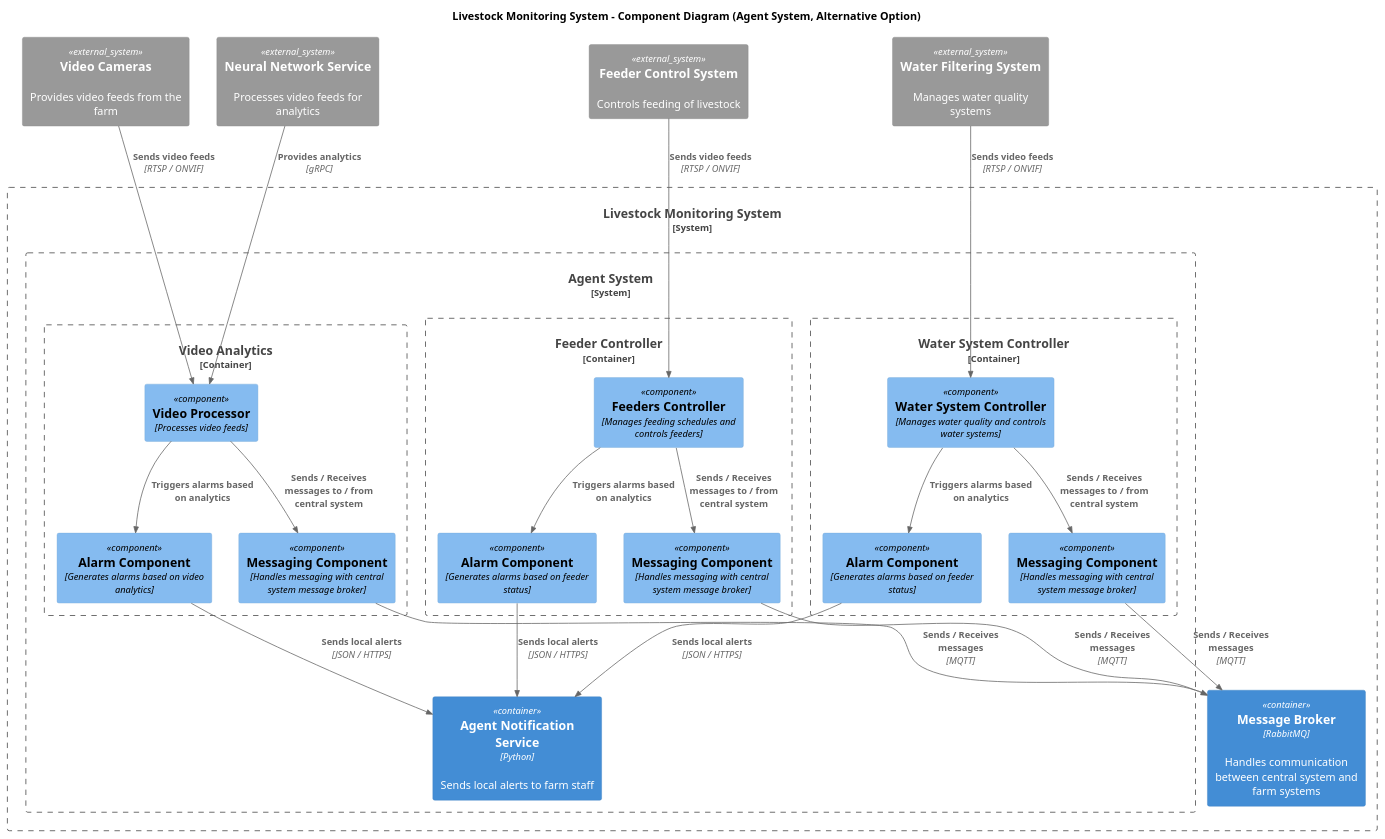
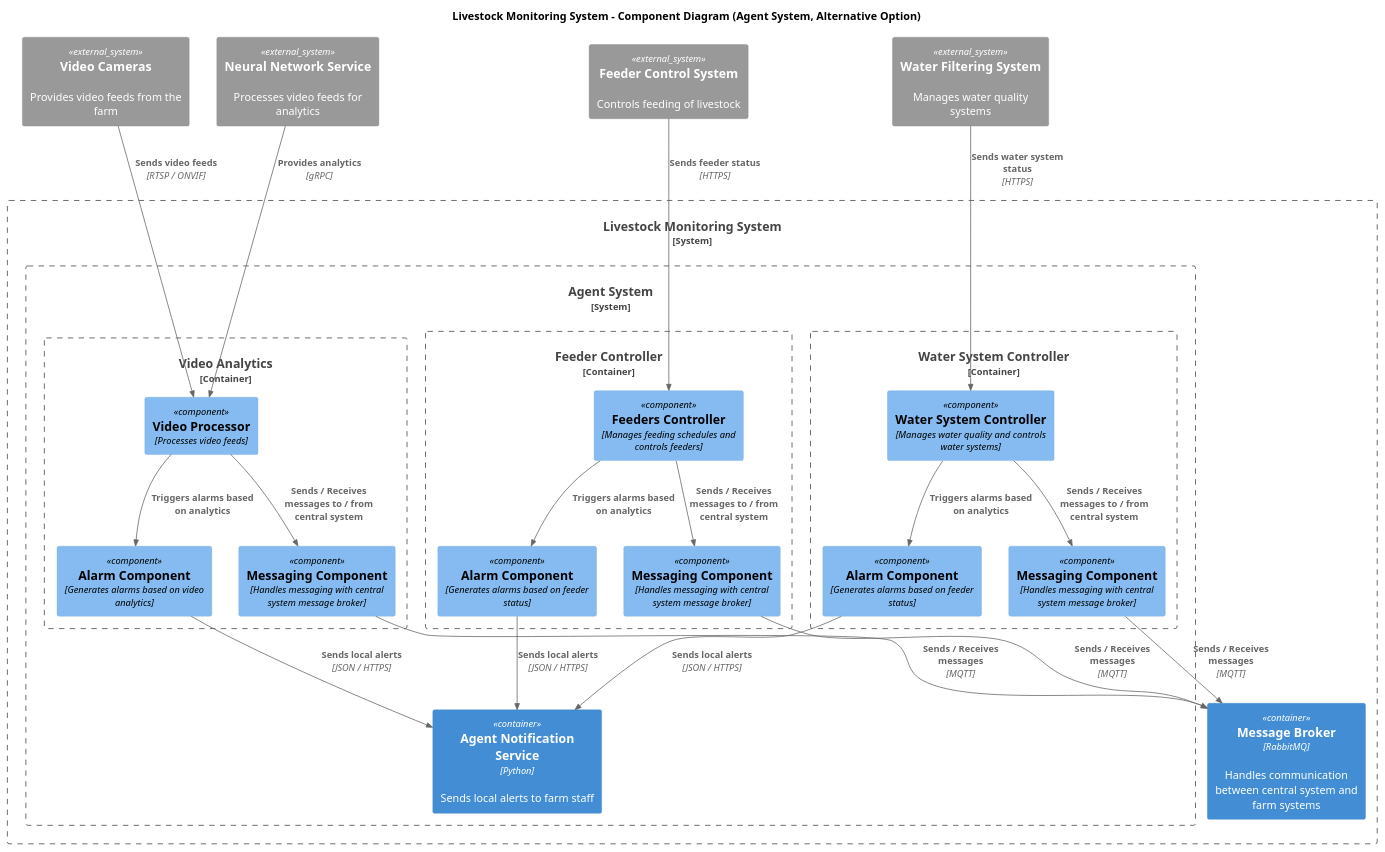
One commit to WowSoLaggy/MSA-AgroTech changed the diagram in Task3/component_agent_alt.puml. Above: the diagram before and after it, drawn with PlantUML. The commit also changed 6 other files, not shown here.

```diff
--- a/Task3/component_agent_alt.puml
+++ b/Task3/component_agent_alt.puml
@@ -1,60 +1,60 @@
 @startuml component_agent_alt
 title Livestock Monitoring System - Component Diagram (Agent System, Alternative Option)
 
 top to bottom direction
 
 !includeurl https://raw.githubusercontent.com/RicardoNiepel/C4-PlantUML/master/C4_Component.puml
 
 
 System_Ext(video_cameras, "Video Cameras", "Provides video feeds from the farm")
 System_Ext(nn_service, "Neural Network Service", "Processes video feeds for analytics")
 System_Ext(feeder_system, "Feeder Control System", "Controls feeding of livestock")
 System_Ext(water_system, "Water Filtering System", "Manages water quality systems")
 
 System_Boundary(lms, "Livestock Monitoring System") {
   Container(broker, "Message Broker", "RabbitMQ", "Handles communication between central system and farm systems")
 
   System_Boundary(central_system, "Agent System") {
     Container(notification_service, "Agent Notification Service", "Python", "Sends local alerts to farm staff")
 
     Container_Boundary(video_analytics, "Video Analytics") {
       Component(video_processor, "Video Processor", "Processes video feeds")
       Component(alarm_comp_1, "Alarm Component", "Generates alarms based on video analytics")
       Component(messaging_comp_1, "Messaging Component", "Handles messaging with central system message broker")
 
       Rel(video_cameras, video_processor, "Sends video feeds", "RTSP / ONVIF")
       Rel(nn_service, video_processor, "Provides analytics", "gRPC")
       Rel(alarm_comp_1, notification_service, "Sends local alerts", "JSON / HTTPS")
       Rel(video_processor, alarm_comp_1, "Triggers alarms based on analytics")
       Rel(video_processor, messaging_comp_1, "Sends / Receives messages to / from central system")
       Rel(messaging_comp_1, broker, "Sends / Receives messages", "MQTT")
     }
 
     Container_Boundary(feeder_controller, "Feeder Controller") {
       Component(feeder_controller_logic, "Feeders Controller", "Manages feeding schedules and controls feeders")
       Component(alarm_comp_2, "Alarm Component", "Generates alarms based on feeder status")
       Component(messaging_comp_2, "Messaging Component", "Handles messaging with central system message broker")
 
-      Rel(feeder_system, feeder_controller_logic, "Sends video feeds", "RTSP / ONVIF")
+      Rel(feeder_system, feeder_controller_logic, "Sends feeder status", "HTTPS")
       Rel(alarm_comp_2, notification_service, "Sends local alerts", "JSON / HTTPS")
       Rel(feeder_controller_logic, alarm_comp_2, "Triggers alarms based on analytics")
       Rel(feeder_controller_logic, messaging_comp_2, "Sends / Receives messages to / from central system")
       Rel(messaging_comp_2, broker, "Sends / Receives messages", "MQTT")
     }
 
     Container_Boundary(water_controller, "Water System Controller") {
       Component(water_controller_logic, "Water System Controller", "Manages water quality and controls water systems")
       Component(alarm_comp_3, "Alarm Component", "Generates alarms based on feeder status")
       Component(messaging_comp_3, "Messaging Component", "Handles messaging with central system message broker")
 
-      Rel(water_system, water_controller_logic, "Sends video feeds", "RTSP / ONVIF")
+      Rel(water_system, water_controller_logic, "Sends water system status", "HTTPS")
       Rel(alarm_comp_3, notification_service, "Sends local alerts", "JSON / HTTPS")
       Rel(water_controller_logic, alarm_comp_3, "Triggers alarms based on analytics")
       Rel(water_controller_logic, messaging_comp_3, "Sends / Receives messages to / from central system")
       Rel(messaging_comp_3, broker, "Sends / Receives messages", "MQTT")
     }
   }
 }
 
 
 @enduml
```
